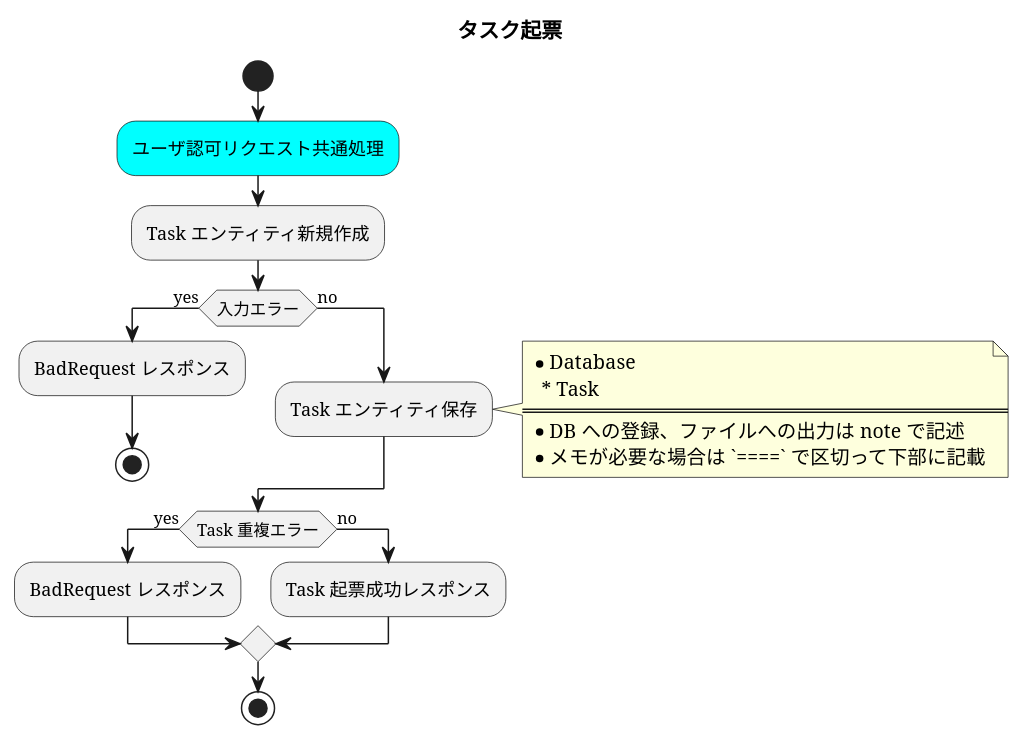
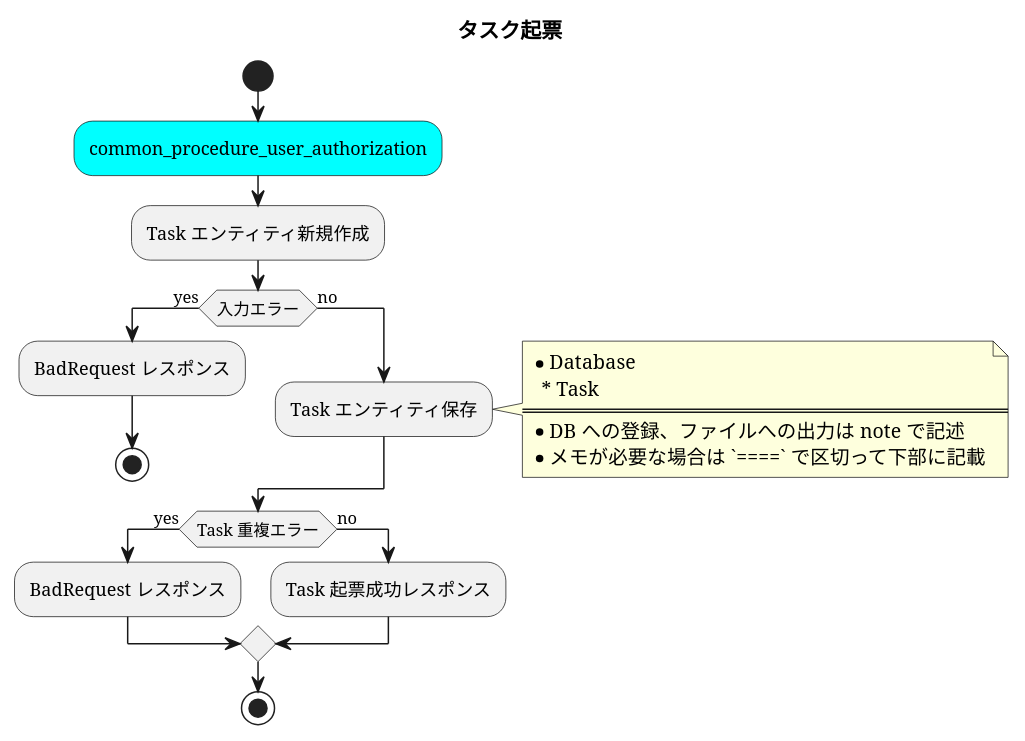
One commit to ryutah/realworld-echo changed the diagram in docs/templates/plantuml/activity.puml. Above: the diagram before and after it, drawn with PlantUML. The commit also changed 8 other files, not shown here.

```diff
--- a/docs/templates/plantuml/activity.puml
+++ b/docs/templates/plantuml/activity.puml
@@ -1,35 +1,61 @@
 @startuml
 
 ' see: https://plantuml.com/ja-dark/activity-diagram-beta
-' 不明なエラー発生時の Internal Error はアプリケーションロジックとは直接関係ない者であるため省略して記載する
+'
+' ## Rules
+'
+' 1. 不明なエラー発生時の Internal Error はアプリケーションロジックとは直接関係ない者であるため省略して記載
+'     - 検査例外は必ず記載
+'
+' 2. DB 等の外部リソースへのアクセスは note で記述
+'
+'     note right
+'         * output: File
+'         * name: task.csv
+'         * format: csv
+'         ====
+'         * 追加情報
+'     end note
+'
+'     note right
+'         * input: Database
+'         * name: task
+'         ====
+'         * 追加情報
+'     end note
+'
+' 3. 共通処理
+'     - 次のフォーマットで記載
+'         - #cyan:[procedure_name];
+'     - `procedure_name` は、拡張子なしのファイル名
 
 title タスク起票
 
 start
 
-#cyan:ユーザ認可リクエスト共通処理;
+#cyan:common_procedure_user_authorization;
 :Task エンティティ新規作成;
 
 if (入力エラー) then (yes)
   :BadRequest レスポンス;
   stop
 else (no)
   :Task エンティティ保存;
   note right
     * Database
       * Task
     ====
     * DB への登録、ファイルへの出力は note で記述
     * メモが必要な場合は `====` で区切って下部に記載
   end note
 endif
 
 if (Task 重複エラー) then (yes)
   :BadRequest レスポンス;
 else (no)
   :Task 起票成功レスポンス;
 endif
 
 stop
 
 @enduml
```
